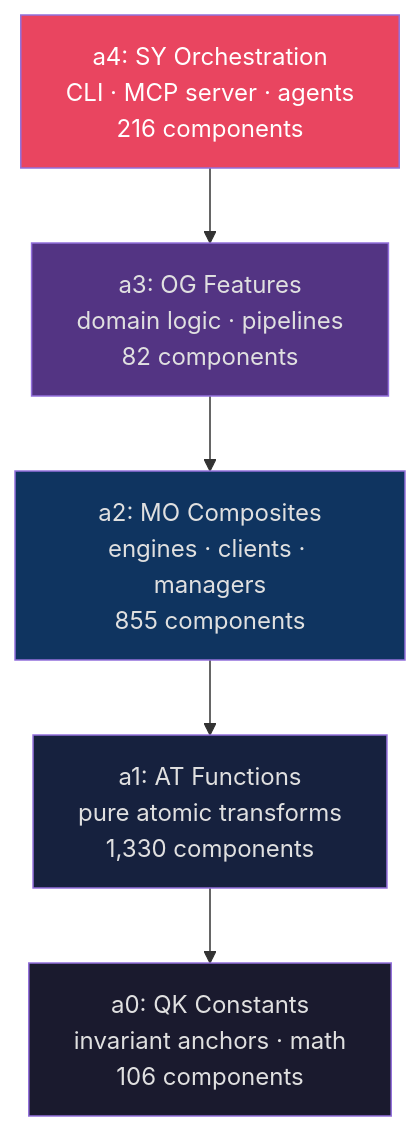
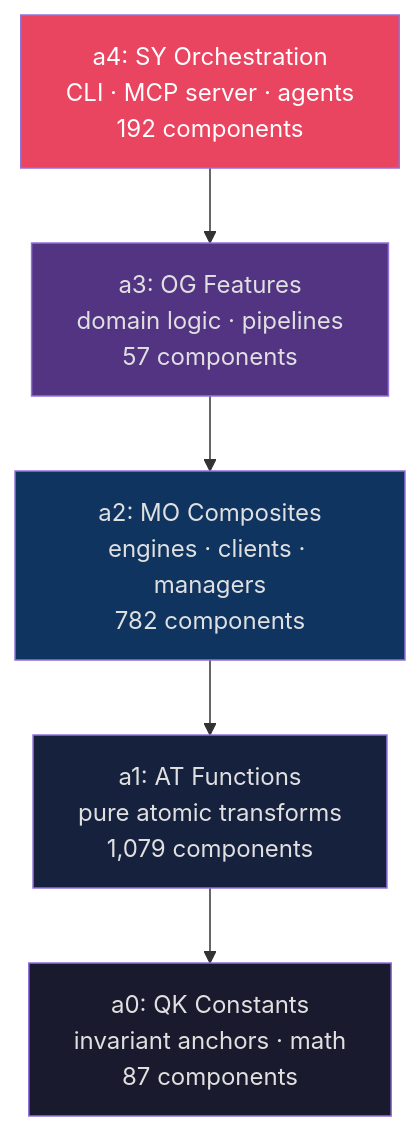
One commit to AAAA-Nexus/ASS-ADE changed the first of 2 diagrams in README.md. Above: the diagram before and after it, drawn with Mermaid. The commit also changed other lines of this file and 4976 other files, not shown here.

````diff
--- a/README.md
+++ b/README.md
@@ -95,14 +95,14 @@
 ```mermaid
 graph TD
-    a4[a4: SY Orchestration<br/>CLI · MCP server · agents<br/>216 components] --> a3
-    a3[a3: OG Features<br/>domain logic · pipelines<br/>82 components] --> a2
-    a2[a2: MO Composites<br/>engines · clients · managers<br/>855 components] --> a1
-    a1[a1: AT Functions<br/>pure atomic transforms<br/>1,330 components] --> a0
-    a0[a0: QK Constants<br/>invariant anchors · math<br/>106 components]
+    a4[a4: SY Orchestration<br/>CLI · MCP server · agents<br/>192 components] --> a3
+    a3[a3: OG Features<br/>domain logic · pipelines<br/>57 components] --> a2
+    a2[a2: MO Composites<br/>engines · clients · managers<br/>782 components] --> a1
+    a1[a1: AT Functions<br/>pure atomic transforms<br/>1,079 components] --> a0
+    a0[a0: QK Constants<br/>invariant anchors · math<br/>87 components]
 
     style a0 fill:#1a1a2e,color:#e0e0e0
     style a1 fill:#16213e,color:#e0e0e0
     style a2 fill:#0f3460,color:#e0e0e0
     style a3 fill:#533483,color:#e0e0e0
     style a4 fill:#e94560,color:#ffffff
 ```
````
